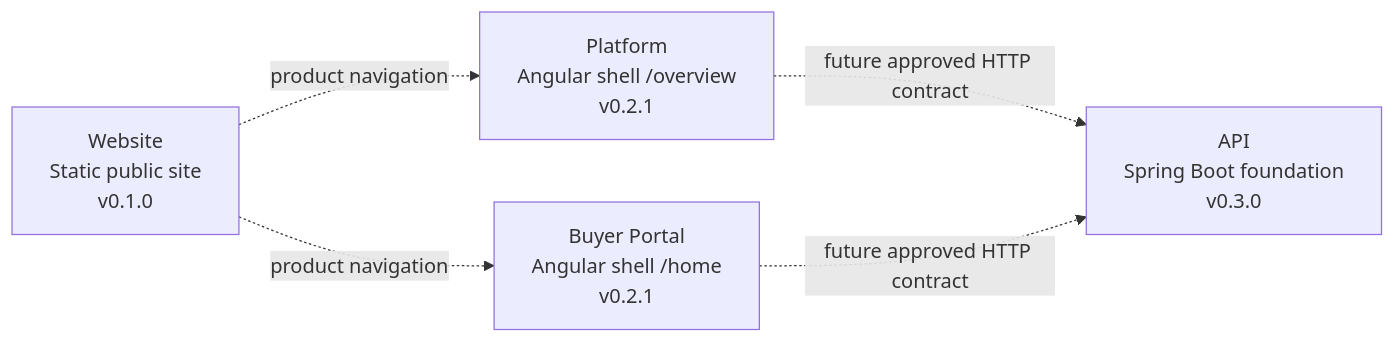
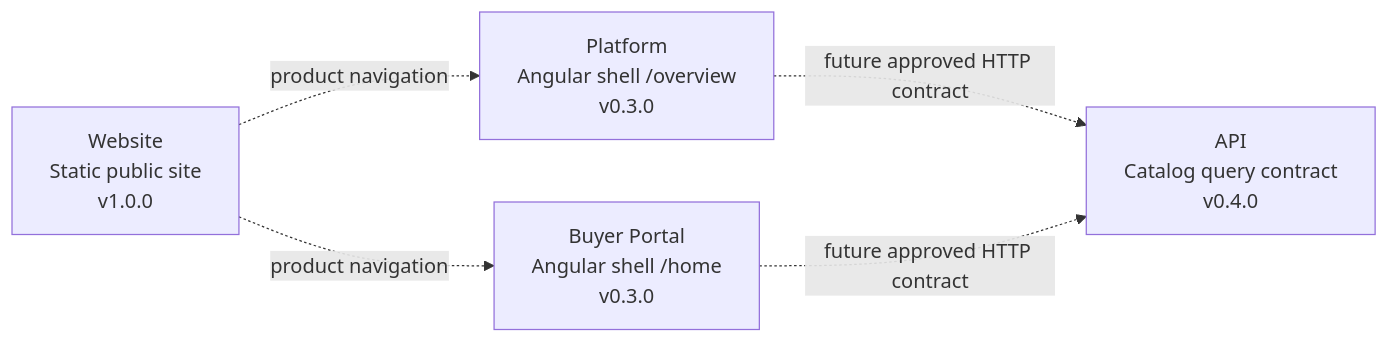
The diagram in README.md (nexa-suite/platform), drawn with Mermaid before and after one commit. The commit also changed other lines of this file and 6 other files, not shown here.

````diff
--- a/README.md
+++ b/README.md
@@ -29,12 +29,12 @@
 ```mermaid
 flowchart LR
-    Website["Website<br/>Static public site<br/>v0.1.0"]
-    Platform["Platform<br/>Angular shell /overview<br/>v0.2.1"]
-    Portal["Buyer Portal<br/>Angular shell /home<br/>v0.2.1"]
-    API["API<br/>Spring Boot foundation<br/>v0.3.0"]
+    Website["Website<br/>Static public site<br/>v1.0.0"]
+    Platform["Platform<br/>Angular shell /overview<br/>v0.3.0"]
+    Portal["Buyer Portal<br/>Angular shell /home<br/>v0.3.0"]
+    API["API<br/>Catalog query contract<br/>v0.4.0"]
 
     Website -. "product navigation" .-> Platform
     Website -. "product navigation" .-> Portal
     Platform -. "future approved HTTP contract" .-> API
     Portal -. "future approved HTTP contract" .-> API
 ```
````
